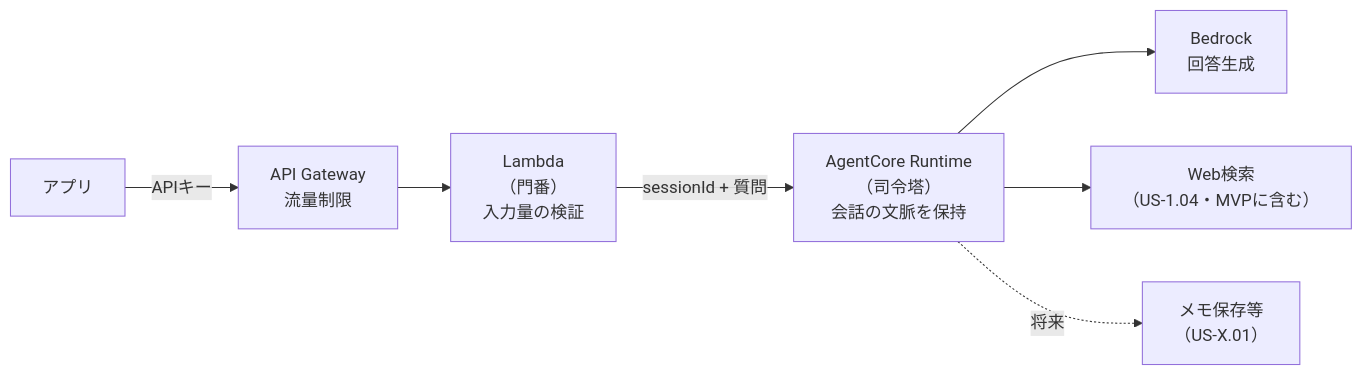
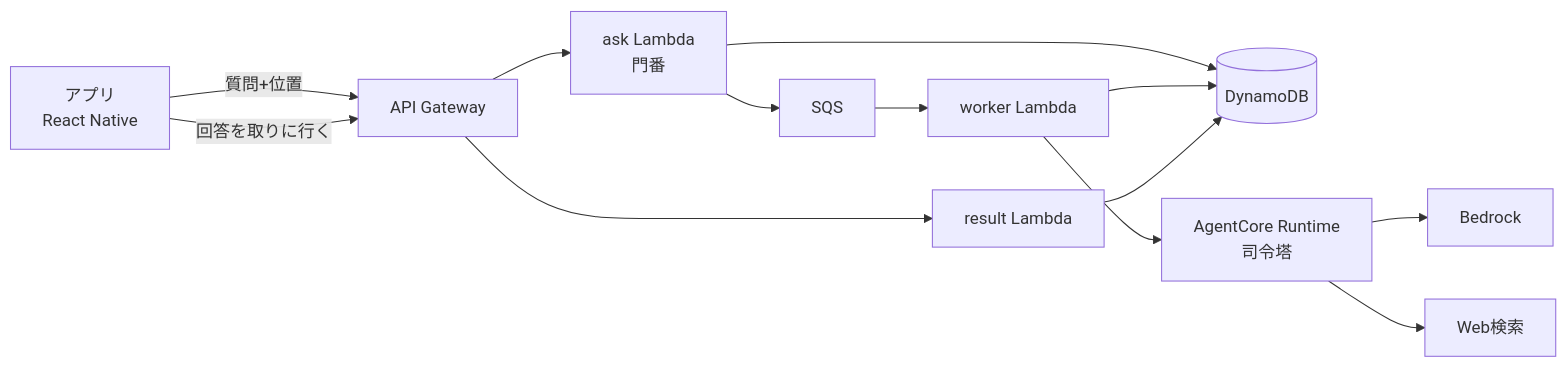
One commit to h-akira/TouringProject changed the diagram in docs/01_architecture.md. Above: the diagram before and after it, drawn with Mermaid. The commit also changed other lines of this file and 11 other files, not shown here.

````diff
--- a/docs/01_architecture.md
+++ b/docs/01_architecture.md
@@ -147,9 +18,26 @@
 ```mermaid
 flowchart LR
-    App["アプリ"] -->|"APIキー"| GW["API Gateway<br/>流量制限"]
-    GW --> L["Lambda<br/>（門番）<br/>入力量の検証"]
-    L -->|"sessionId + 質問"| AC["AgentCore Runtime<br/>（司令塔）<br/>会話の文脈を保持"]
-    AC --> B["Bedrock<br/>回答生成"]
-    AC --> W["Web検索<br/>（US-1.04・MVPに含む）"]
-    AC -.->|"将来"| T["メモ保存等<br/>（US-X.01）"]
+    App["アプリ<br/>React Native"]
+    GW["API Gateway"]
+    Ask["ask Lambda<br/>門番"]
+    Q["SQS"]
+    W["worker Lambda"]
+    Res["result Lambda"]
+    D[("DynamoDB")]
+    AC["AgentCore Runtime<br/>司令塔"]
+    B["Bedrock"]
+    S["Web検索"]
+
+    App -->|"質問+位置"| GW
+    GW --> Ask
+    Ask --> D
+    Ask --> Q
+    Q --> W
+    W --> AC
+    AC --> B
+    AC --> S
+    W --> D
+    App -->|"回答を取りに行く"| GW
+    GW --> Res
+    Res --> D
 ```
````
